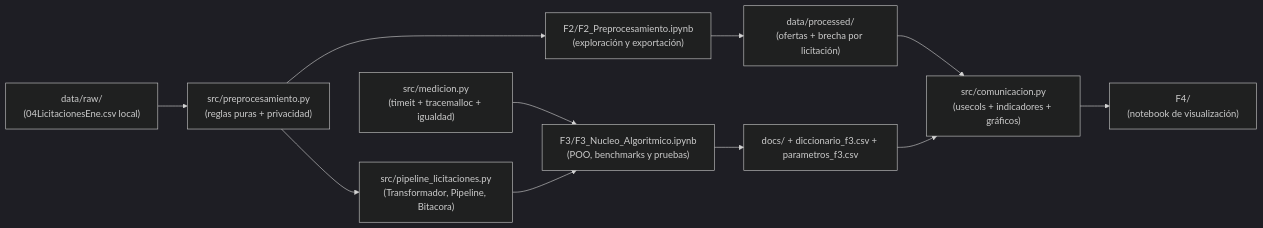
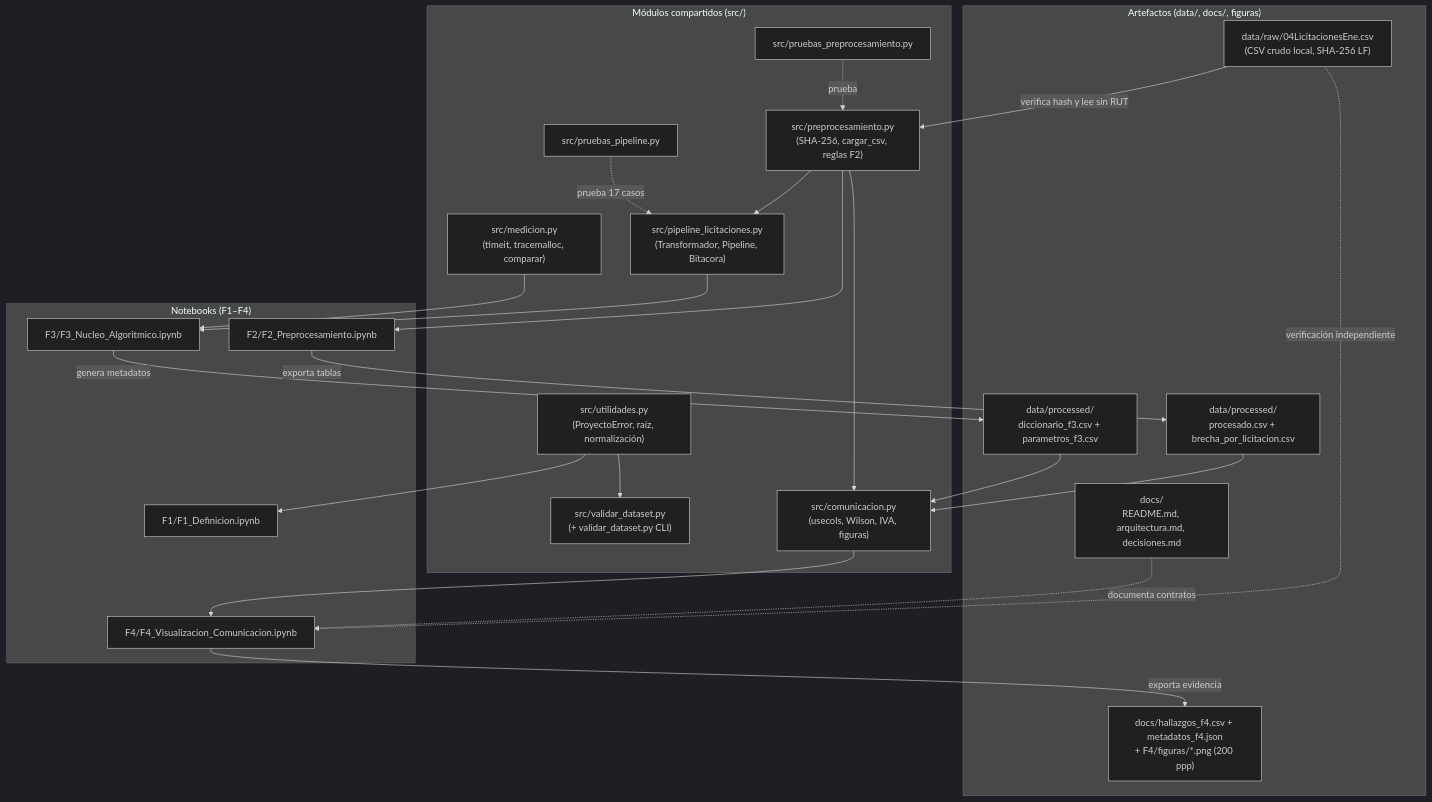
One commit to proyecto-grupo2-mcdi500/proyecto-grupo2-mcdi500 changed the first of 2 diagrams in docs/arquitectura.md. Above: the diagram before and after it, drawn with Mermaid (dark theme). The commit also changed other lines of this file, not shown here.

Commit message:
diagrama de clases y componentes

````diff
--- a/docs/arquitectura.md
+++ b/docs/arquitectura.md
@@ -32,13 +34,47 @@
 ```mermaid
-flowchart LR
-    RAW["data/raw/<br>(04LicitacionesEne.csv local)"] --> PRE["src/preprocesamiento.py<br>(reglas puras + privacidad)"]
-    PRE --> F2["F2/F2_Preprocesamiento.ipynb<br>(exploración y exportación)"]
-    PRE --> POO["src/pipeline_licitaciones.py<br>(Transformador, Pipeline, Bitacora)"]
-    MED["src/medicion.py<br>(timeit + tracemalloc + igualdad)"] --> F3["F3/F3_Nucleo_Algoritmico.ipynb<br>(POO, benchmarks y pruebas)"]
+flowchart TB
+    subgraph NB["Notebooks (F1–F4)"]
+        F1["F1/F1_Definicion.ipynb"]
+        F2["F2/F2_Preprocesamiento.ipynb"]
+        F3["F3/F3_Nucleo_Algoritmico.ipynb"]
+        F4["F4/F4_Visualizacion_Comunicacion.ipynb"]
+    end
+
+    subgraph SRC["Módulos compartidos (src/)"]
+        VAL["src/validar_dataset.py<br>(+ validar_dataset.py CLI)"]
+        UTI["src/utilidades.py<br>(ProyectoError, raíz, normalización)"]
+        PRE["src/preprocesamiento.py<br>(SHA-256, cargar_csv, reglas F2)"]
+        PR_PRE["src/pruebas_preprocesamiento.py"]
+        POO["src/pipeline_licitaciones.py<br>(Transformador, Pipeline, Bitacora)"]
+        PR_PIP["src/pruebas_pipeline.py"]
+        MED["src/medicion.py<br>(timeit, tracemalloc, comparar)"]
+        COM["src/comunicacion.py<br>(usecols, Wilson, IVA, figuras)"]
+    end
+
+    subgraph ART["Artefactos (data/, docs/, figuras)"]
+        RAW["data/raw/04LicitacionesEne.csv<br>(CSV crudo local, SHA-256 LF)"]
+        PROC_DAT["data/processed/<br>procesado.csv + brecha_por_licitacion.csv"]
+        PROC_META["data/processed/<br>diccionario_f3.csv + parametros_f3.csv"]
+        DOCS["docs/<br>README.md, arquitectura.md, decisiones.md"]
+        F4_OUT["docs/hallazgos_f4.csv + metadatos_f4.json<br>+ F4/figuras/*.png (200 ppp)"]
+    end
+
+    RAW -->|verifica hash y lee sin RUT| PRE
+    UTI --> F1
+    UTI --> VAL
+    PRE --> F2
+    PRE --> POO
+    PRE --> COM
+    PR_PRE -.->|prueba| PRE
     POO --> F3
-    F2 --> PROC["data/processed/<br>(ofertas + brecha por licitación)"]
-    F3 --> DOC["docs/ + diccionario_f3.csv + parametros_f3.csv"]
-    PROC --> COM["src/comunicacion.py<br>(usecols + indicadores + gráficos)"]
-    DOC --> COM
-    COM --> F4["F4/<br>(notebook de visualización)"]
+    MED --> F3
+    PR_PIP -.->|prueba 17 casos| POO
+    F2 -->|exporta tablas| PROC_DAT
+    F3 -->|genera metadatos| PROC_META
+    PROC_DAT --> COM
+    PROC_META --> COM
+    RAW -.->|verificación independiente| F4
+    COM --> F4
+    F4 -->|exporta evidencia| F4_OUT
+    DOCS -.->|documenta contratos| F4
 ```
````
